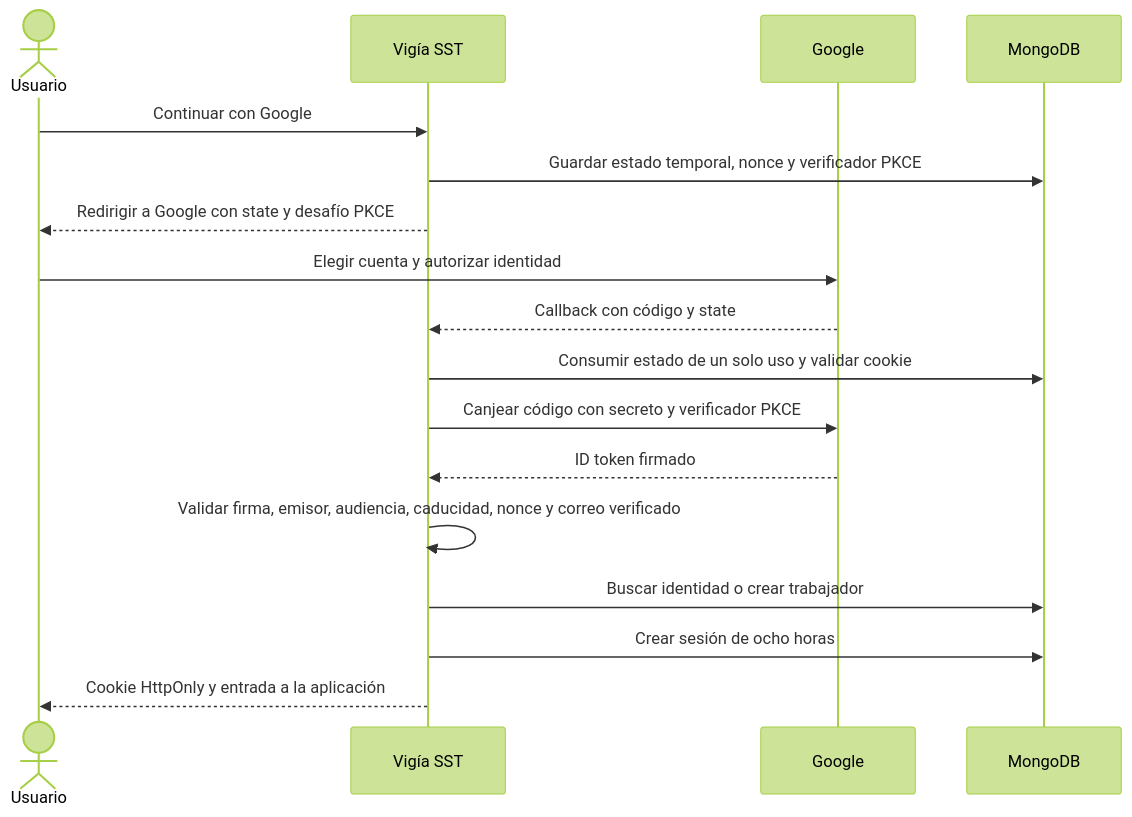
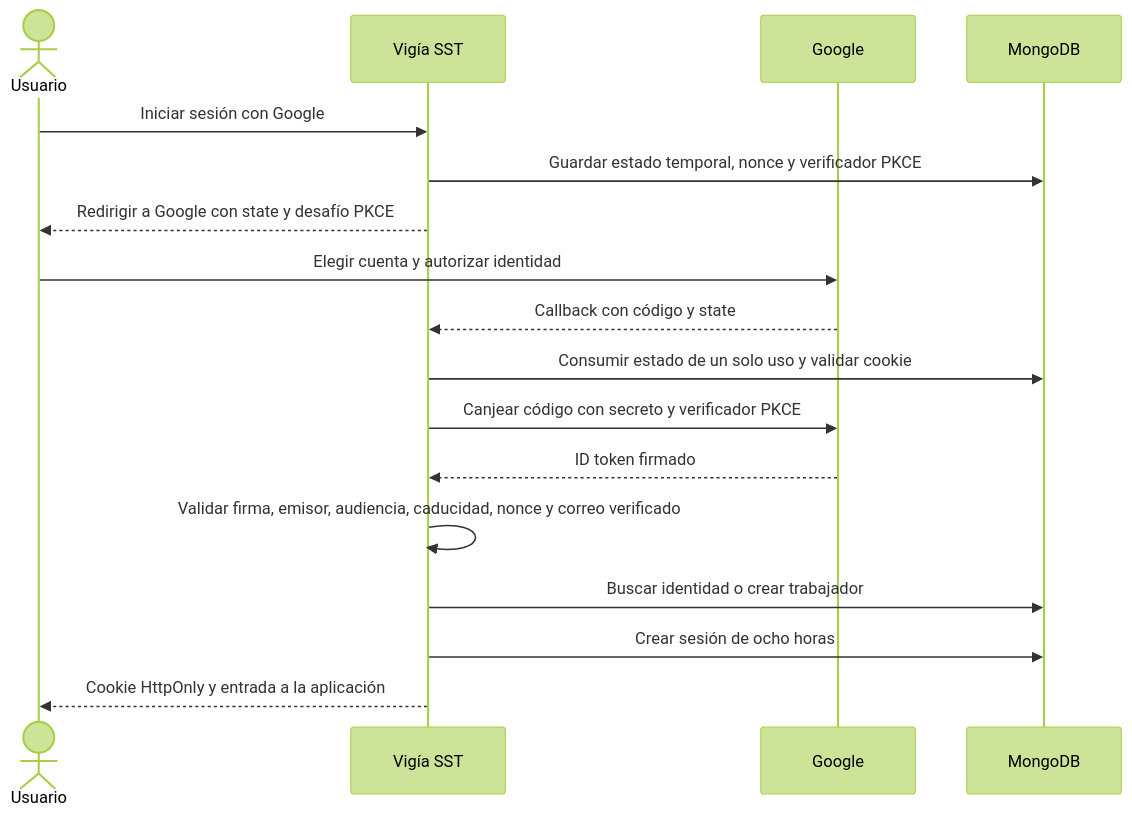
Before and after one commit to HEFRA-ws/ProyectoIngSoftware: the diagram in docs/Google-Auth.md, drawn with Mermaid (forest theme). The commit also changed other lines of this file and 15 other files, not shown here.

````diff
--- a/docs/Google-Auth.md
+++ b/docs/Google-Auth.md
@@ -39,19 +39,19 @@
 ```mermaid
 sequenceDiagram
   actor U as Usuario
   participant V as Vigía SST
   participant G as Google
   participant D as MongoDB
-  U->>V: Continuar con Google
+  U->>V: Iniciar sesión con Google
   V->>D: Guardar estado temporal, nonce y verificador PKCE
   V-->>U: Redirigir a Google con state y desafío PKCE
   U->>G: Elegir cuenta y autorizar identidad
   G-->>V: Callback con código y state
   V->>D: Consumir estado de un solo uso y validar cookie
   V->>G: Canjear código con secreto y verificador PKCE
   G-->>V: ID token firmado
   V->>V: Validar firma, emisor, audiencia, caducidad, nonce y correo verificado
   V->>D: Buscar identidad o crear trabajador
   V->>D: Crear sesión de ocho horas
   V-->>U: Cookie HttpOnly y entrada a la aplicación
 ```
````
